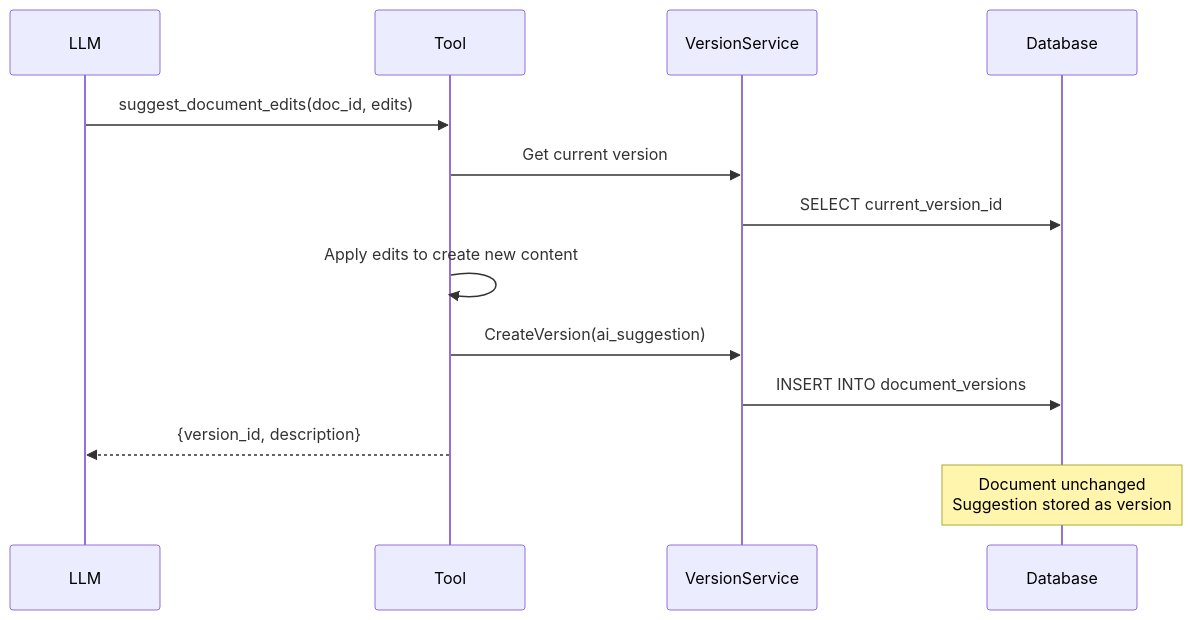
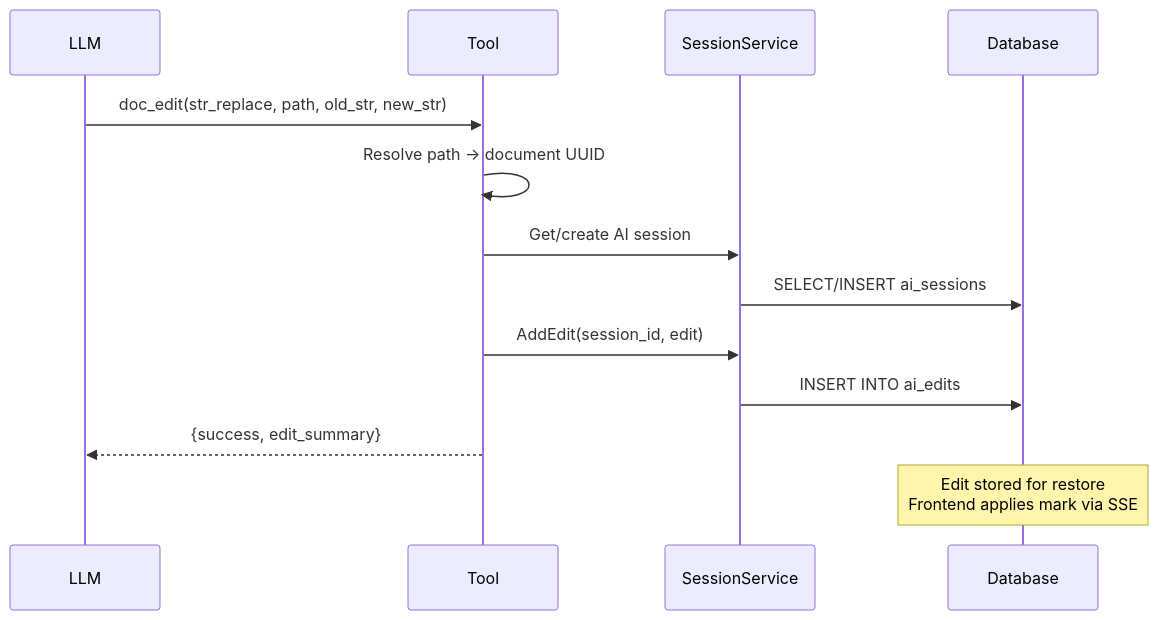
One commit to haowjy/meridian changed the diagram in _docs/plans/ai-editing/phase-2-suggest-tool.md. Above: the diagram before and after it, drawn with Mermaid. The commit also changed other lines of this file and 87 other files, not shown here.

````diff
--- a/_docs/plans/ai-editing/phase-2-suggest-tool.md
+++ b/_docs/plans/ai-editing/phase-2-suggest-tool.md
@@ -12,20 +15,19 @@
 ```mermaid
 sequenceDiagram
     participant LLM
     participant Tool
-    participant VersionService
+    participant SessionService
     participant Database
 
-    LLM->>Tool: suggest_document_edits(doc_id, edits)
-    Tool->>VersionService: Get current version
-    VersionService->>Database: SELECT current_version_id
+    LLM->>Tool: doc_edit(str_replace, path, old_str, new_str)
+    Tool->>Tool: Resolve path → document UUID
+    Tool->>SessionService: Get/create AI session
+    SessionService->>Database: SELECT/INSERT ai_sessions
 
-    Tool->>Tool: Apply edits to create new content
+    Tool->>SessionService: AddEdit(session_id, edit)
+    SessionService->>Database: INSERT INTO ai_edits
 
-    Tool->>VersionService: CreateVersion(ai_suggestion)
-    VersionService->>Database: INSERT INTO document_versions
+    Tool-->>LLM: {success, edit_summary}
 
-    Tool-->>LLM: {version_id, description}
-
-    Note over Database: Document unchanged<br/>Suggestion stored as version
+    Note over Database: Edit stored for restore<br/>Frontend applies mark via SSE
 ```
````
